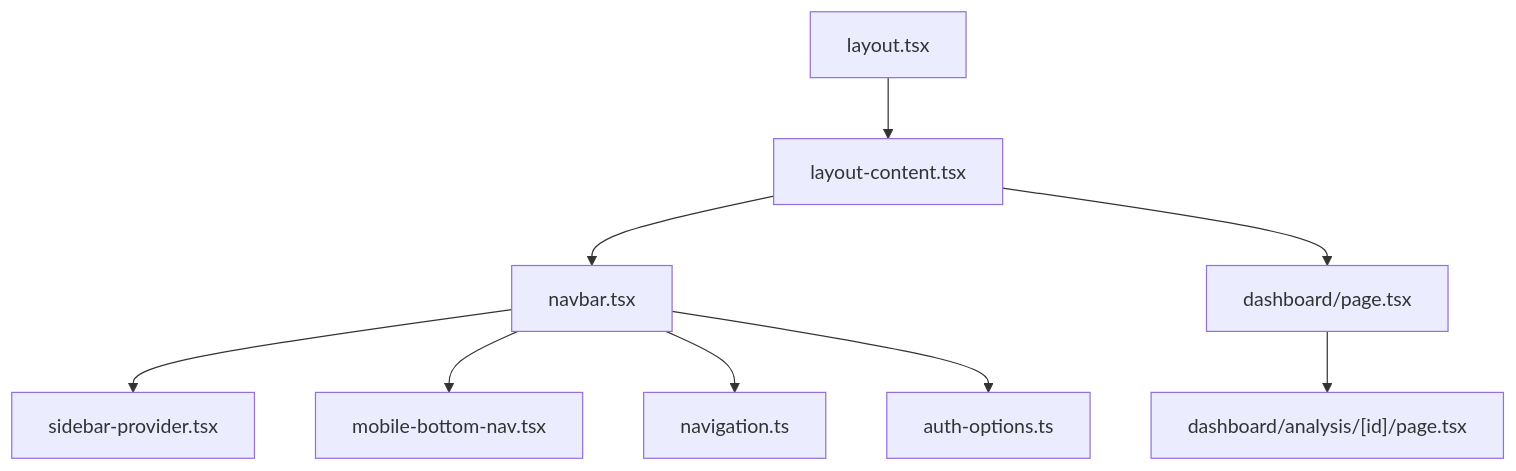
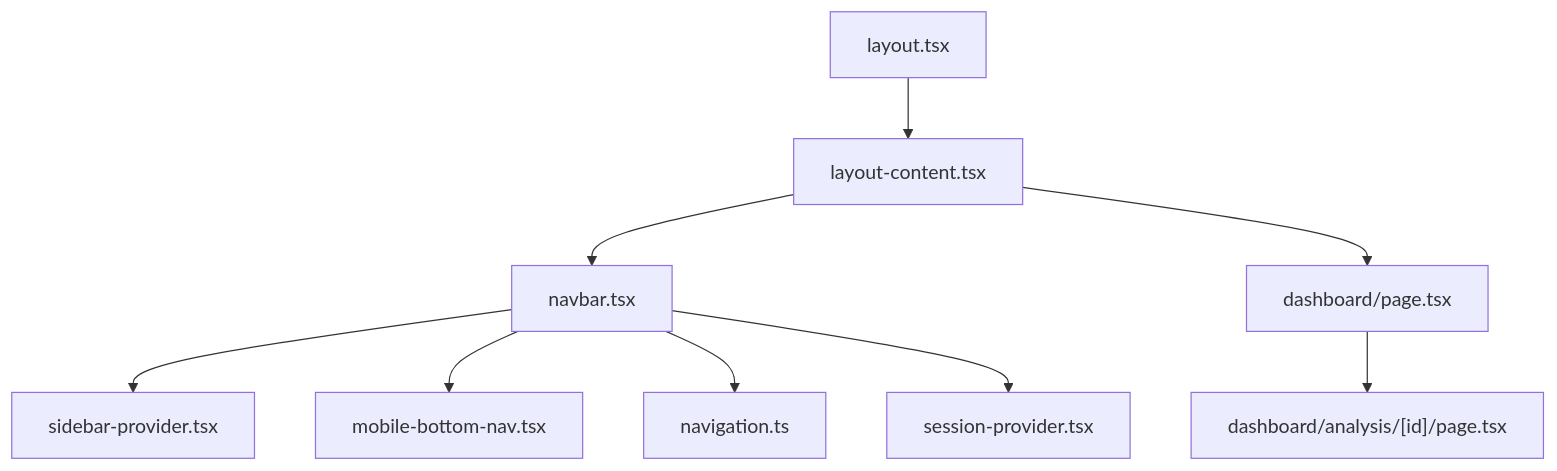
The tenth of 10 diagrams in src/data/docs/talentsync/Frontend Application/Page Routing and Navigation.md (tashifkhan/tashif.codes), drawn with Mermaid before and after one commit. The commit also changed other lines of this file and 2128 other files, not shown here.

First line of the commit message:
docs: replace raster diagram images with native Mermaid across project guides

````diff
--- a/src/data/docs/talentsync/Frontend Application/Page Routing and Navigation.md
+++ b/src/data/docs/talentsync/Frontend Application/Page Routing and Navigation.md
@@ -244,11 +241,11 @@
 ```mermaid
 graph TB
 L["layout.tsx"] --> LC["layout-content.tsx"]
 LC --> NB["navbar.tsx"]
 NB --> SP["sidebar-provider.tsx"]
 NB --> MB["mobile-bottom-nav.tsx"]
 NB --> NAV["navigation.ts"]
-NB --> NA["auth-options.ts"]
+NB --> NA["session-provider.tsx"]
 LC --> DP["dashboard/page.tsx"]
 DP --> DA["dashboard/analysis/[id]/page.tsx"]
 ```
````
